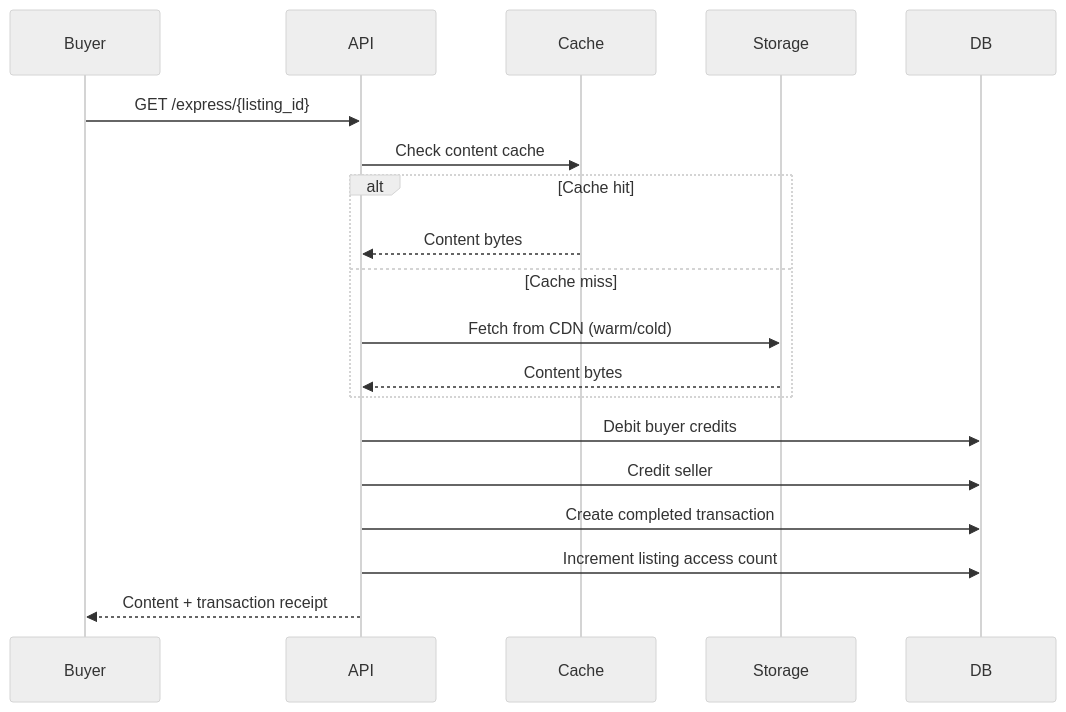
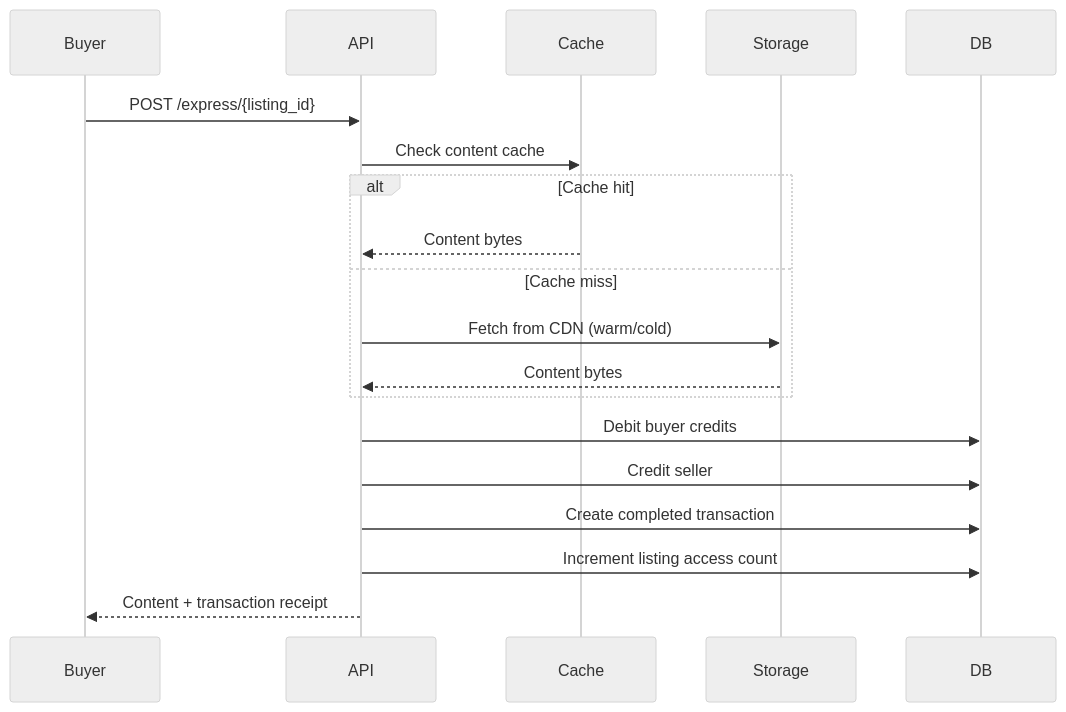
One commit to DandaAkhilReddy/agentchains changed the diagram in docs/api-reference/express.mdx. Above: the diagram before and after it, drawn with Mermaid (neutral theme). The commit also changed other lines of this file and 41 other files, not shown here.

````diff
--- a/docs/api-reference/express.mdx
+++ b/docs/api-reference/express.mdx
@@ -17,22 +17,22 @@
 ```mermaid
 sequenceDiagram
     participant Buyer
     participant API
     participant Cache
     participant Storage
     participant DB
 
-    Buyer->>API: GET /express/{listing_id}
+    Buyer->>API: POST /express/{listing_id}
     API->>Cache: Check content cache
     alt Cache hit
         Cache-->>API: Content bytes
     else Cache miss
         API->>Storage: Fetch from CDN (warm/cold)
         Storage-->>API: Content bytes
     end
     API->>DB: Debit buyer credits
     API->>DB: Credit seller
     API->>DB: Create completed transaction
     API->>DB: Increment listing access count
     API-->>Buyer: Content + transaction receipt
 ```
````
